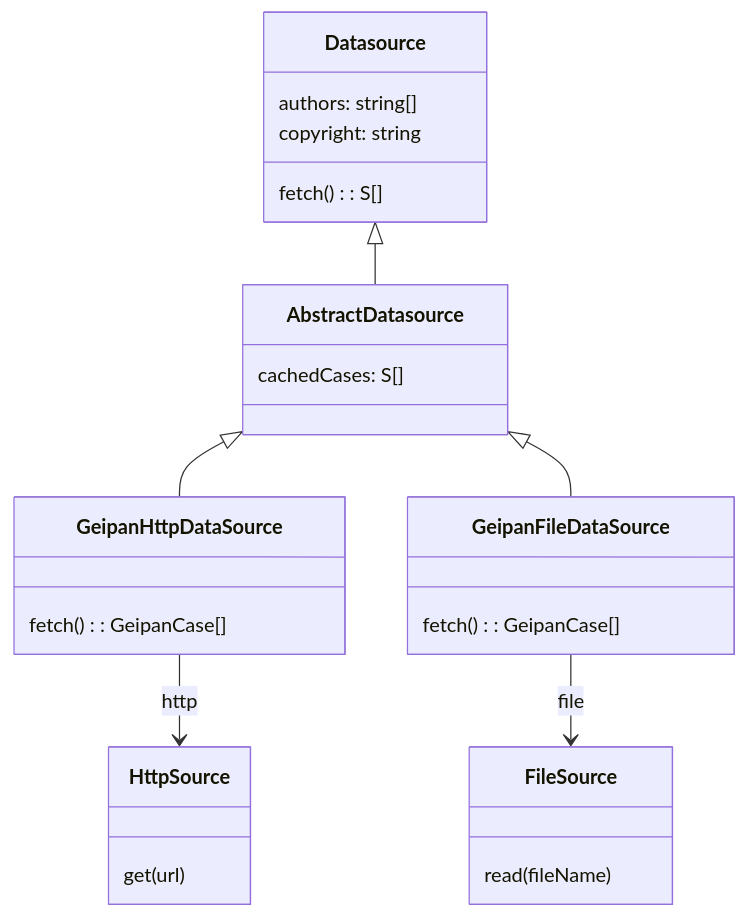
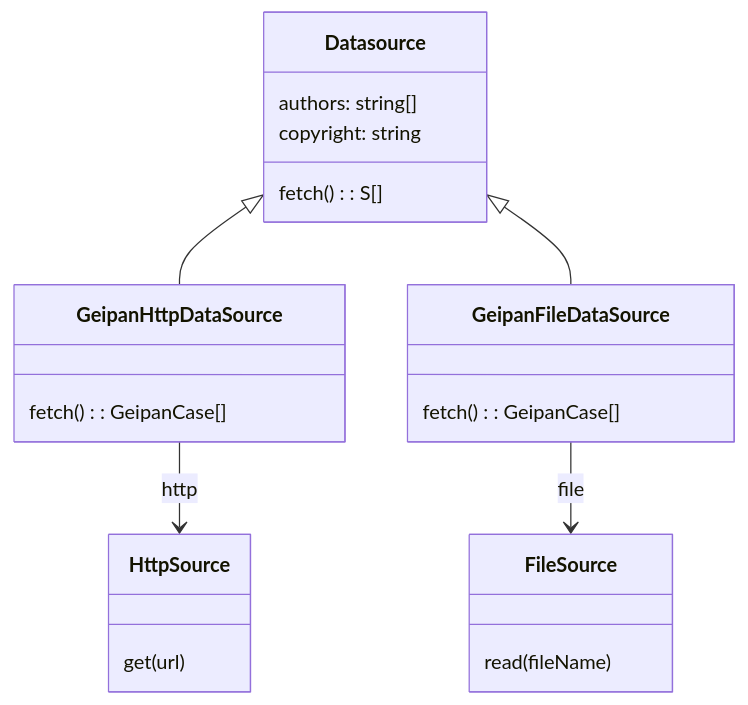
The second of 5 diagrams in time/datasource/README.md (RR0/rr0.org), drawn with Mermaid before and after one commit. The commit also changed other lines of this file and 1216 other files, not shown here.

````diff
--- a/time/datasource/README.md
+++ b/time/datasource/README.md
@@ -31,28 +61,24 @@
 ```mermaid
 classDiagram
     class Datasource {
         authors: string[]
         copyright: string
         fetch(): S[]
     }
-    class AbstractDatasource {
-        cachedCases: S[]
-    }
-    Datasource <|-- AbstractDatasource
     class HttpSource {
         get(url)
     }
     class GeipanHttpDataSource {
         fetch(): GeipanCase[]
     }
-    AbstractDatasource <|-- GeipanHttpDataSource
+    Datasource <|-- GeipanHttpDataSource
     class GeipanFileDataSource {
         fetch(): GeipanCase[]
     }
-    AbstractDatasource <|-- GeipanFileDataSource
+    Datasource <|-- GeipanFileDataSource
     GeipanHttpDataSource --> HttpSource: http
     class FileSource {
         read(fileName)
     }
     GeipanFileDataSource --> FileSource: file
 ```
````
